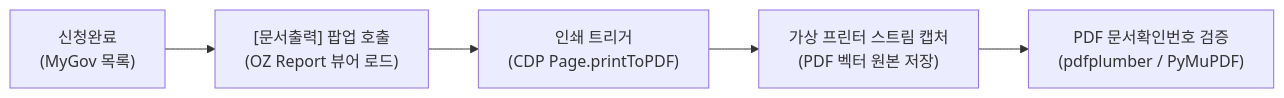
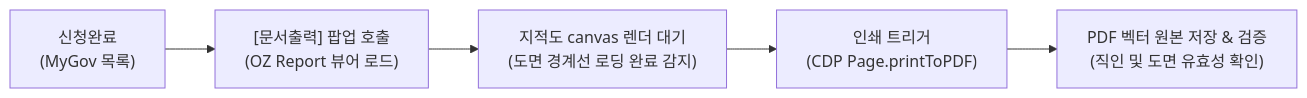
Before and after one commit to ik-e/chaja-you: the third of 5 diagrams in docs/members/R04/workspace/2026-11-16_R04_공공서류_수집자동화_기술검토_및_해결안.md, drawn with Mermaid. The commit also changed other lines of this file and 4 other files, not shown here.

````diff
--- a/docs/members/R04/workspace/2026-11-16_R04_공공서류_수집자동화_기술검토_및_해결안.md
+++ b/docs/members/R04/workspace/2026-11-16_R04_공공서류_수집자동화_기술검토_및_해결안.md
@@ -100,7 +99,7 @@
 ```mermaid
 flowchart LR
     A["신청완료<br/>(MyGov 목록)"] --> B["[문서출력] 팝업 호출<br/>(OZ Report 뷰어 로드)"]
-    B --> C["인쇄 트리거<br/>(CDP Page.printToPDF)"]
-    C --> D["가상 프린터 스트림 캡처<br/>(PDF 벡터 원본 저장)"]
-    D --> E["PDF 문서확인번호 검증<br/>(pdfplumber / PyMuPDF)"]
+    B --> C["지적도 canvas 렌더 대기<br/>(도면 경계선 로딩 완료 감지)"]
+    C --> D["인쇄 트리거<br/>(CDP Page.printToPDF)"]
+    D --> E["PDF 벡터 원본 저장 & 검증<br/>(직인 및 도면 유효성 확인)"]
 ```
````
